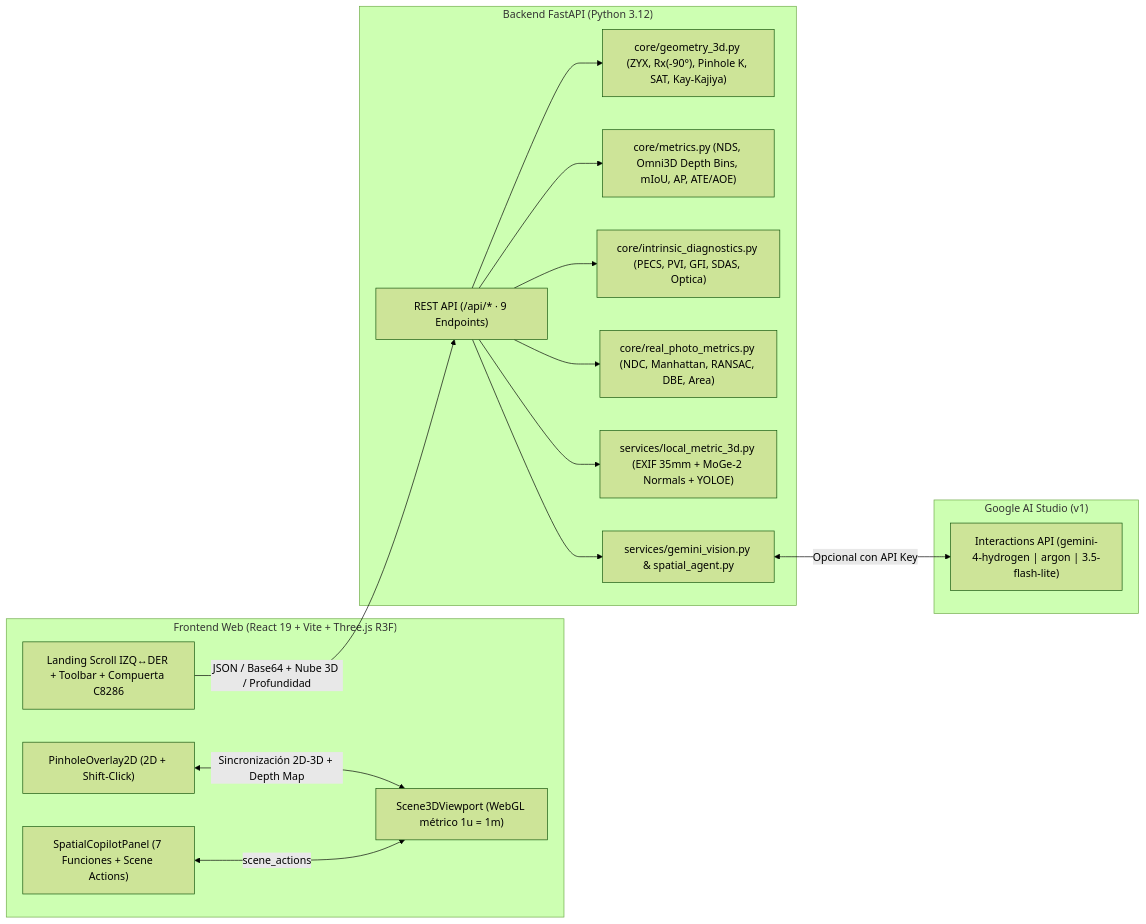
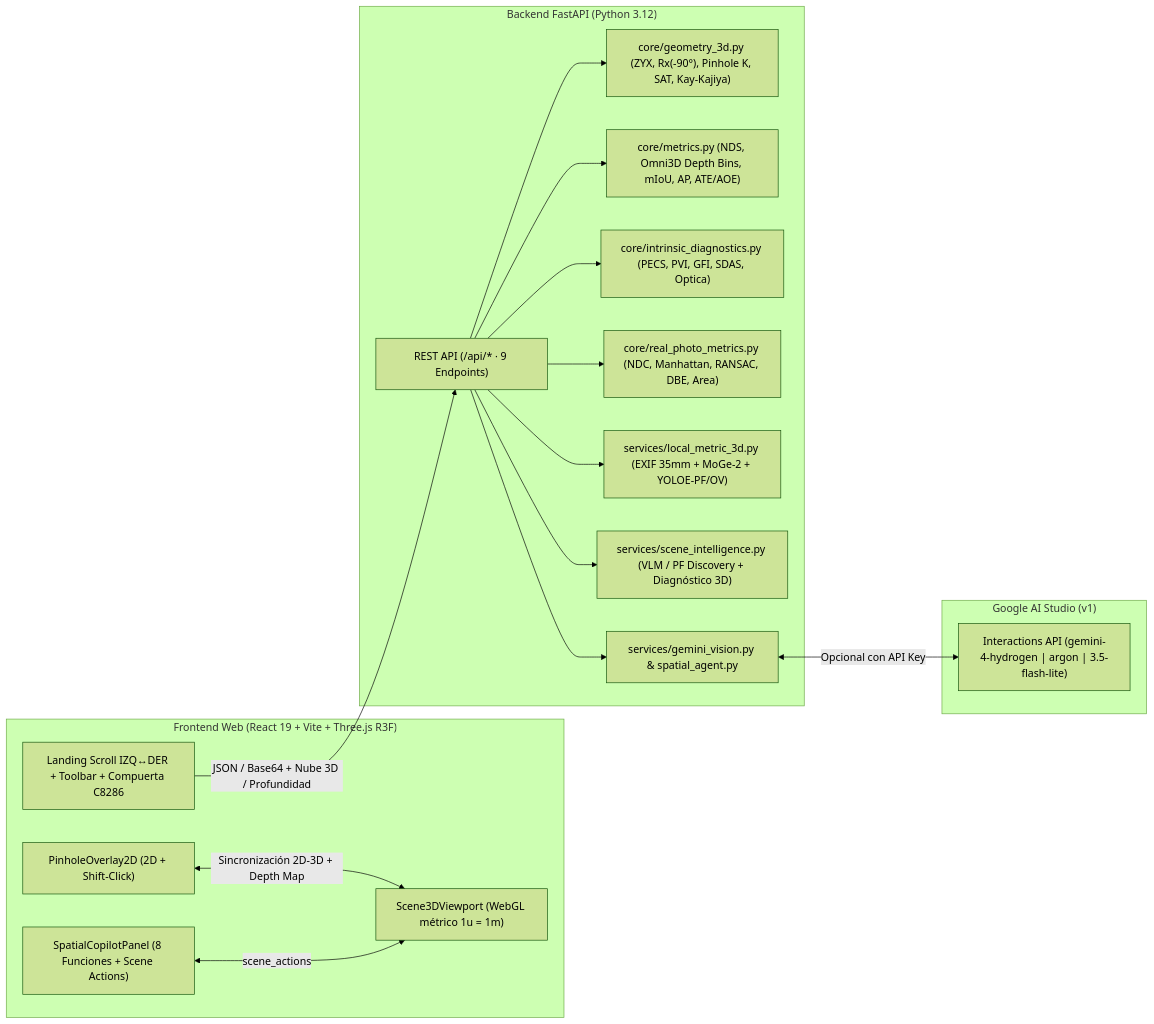
The diagram in README.md (dariohuerta84/MyLeenTo3), drawn with Mermaid (forest theme) before and after one commit. The commit also changed other lines of this file and 15 other files, not shown here.

Commit message:
feat: hybrid VLM/PF scene discovery, YOLOE-OV dynamic vocab, 3D-grounded diagnosis & copilot tool

````diff
--- a/README.md
+++ b/README.md
@@ -111,34 +111,36 @@
 ```mermaid
 flowchart LR
     subgraph Client["Frontend Web (React 19 + Vite + Three.js R3F)"]
         UI["Landing Scroll IZQ↔DER + Toolbar + Compuerta C8286"]
         V2D["PinholeOverlay2D (2D + Shift-Click)"]
         V3D["Scene3DViewport (WebGL métrico 1u = 1m)"]
-        COP["SpatialCopilotPanel (7 Funciones + Scene Actions)"]
+        COP["SpatialCopilotPanel (8 Funciones + Scene Actions)"]
     end
 
     subgraph Backend["Backend FastAPI (Python 3.12)"]
         API["REST API (/api/* · 9 Endpoints)"]
         GEO["core/geometry_3d.py (ZYX, Rx(-90°), Pinhole K, SAT, Kay-Kajiya)"]
         MTR["core/metrics.py (NDS, Omni3D Depth Bins, mIoU, AP, ATE/AOE)"]
         DIA["core/intrinsic_diagnostics.py (PECS, PVI, GFI, SDAS, Optica)"]
         RPM["core/real_photo_metrics.py (NDC, Manhattan, RANSAC, DBE, Area)"]
-        L3D["services/local_metric_3d.py (EXIF 35mm + MoGe-2 Normals + YOLOE)"]
+        L3D["services/local_metric_3d.py (EXIF 35mm + MoGe-2 + YOLOE-PF/OV)"]
+        SINT["services/scene_intelligence.py (VLM / PF Discovery + Diagnóstico 3D)"]
         SVC["services/gemini_vision.py & spatial_agent.py"]
     end
 
     subgraph Cloud["Google AI Studio (v1)"]
         INT["Interactions API (gemini-4-hydrogen | argon | 3.5-flash-lite)"]
     end
 
     UI -->|JSON / Base64 + Nube 3D / Profundidad| API
     V2D <-->|Sincronización 2D-3D + Depth Map| V3D
     COP <-->|scene_actions| V3D
     API --> GEO
     API --> MTR
     API --> DIA
     API --> RPM
     API --> L3D
+    API --> SINT
     API --> SVC
     SVC <-->|Opcional con API Key| INT
 ```
````
